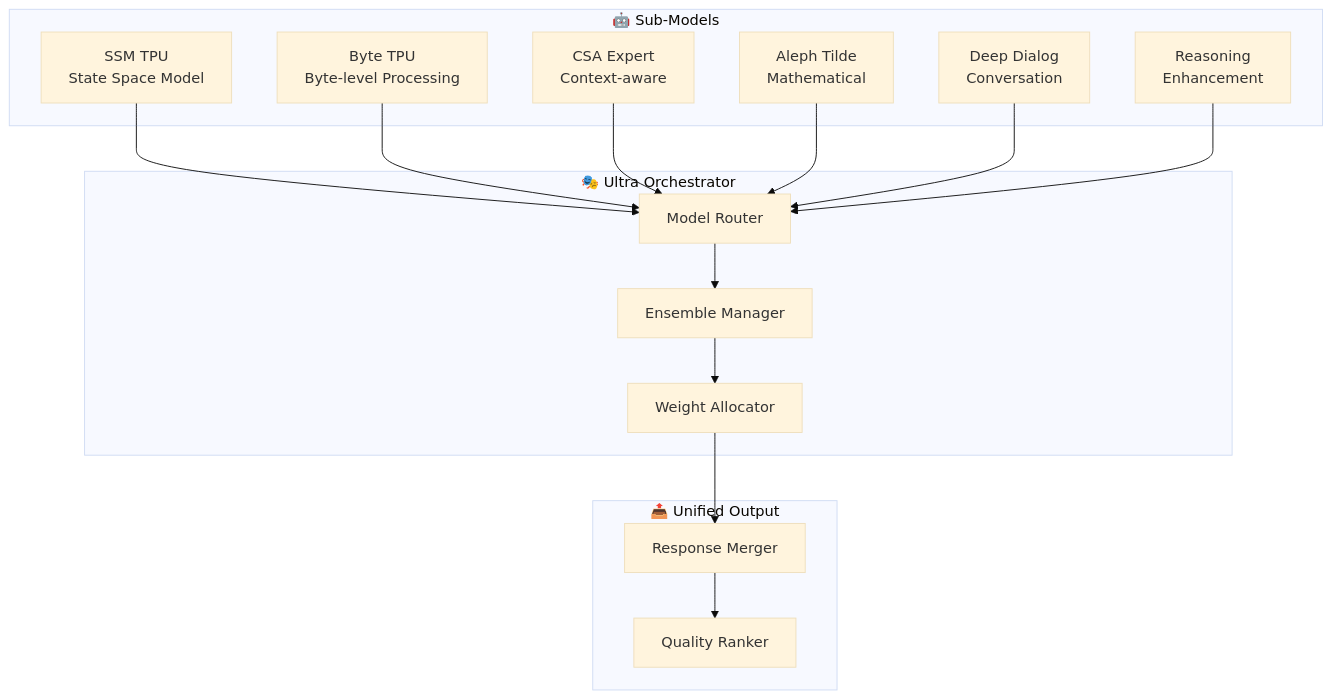
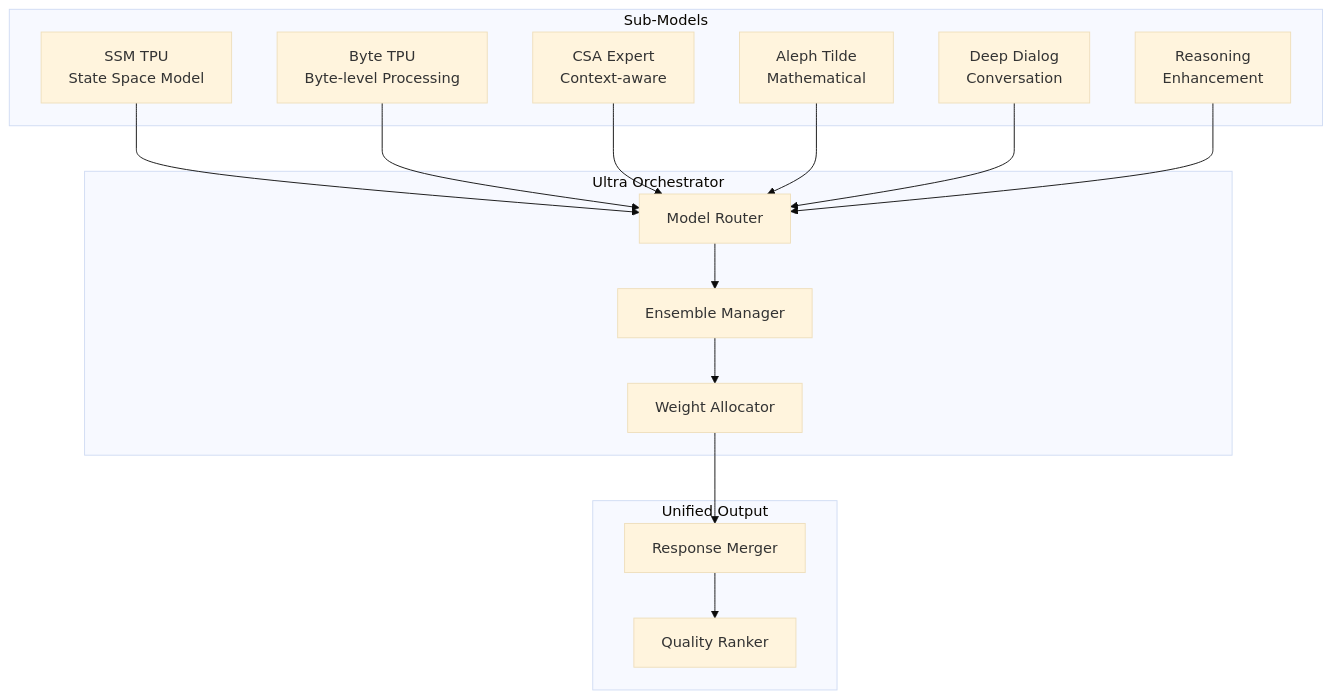
The seventh of 9 diagrams in README.md (anachroni-co/cunca), drawn with Mermaid (base theme) before and after one commit. The commit also changed other lines of this file and 179 other files, not shown here.

````diff
--- a/README.md
+++ b/README.md
@@ -333,34 +333,34 @@
 ```mermaid
 graph TB
-    subgraph SubModels["🤖 Sub-Models"]
+    subgraph SubModels[" Sub-Models"]
         SSM_TPU[SSM TPU<br/>State Space Model]
         BYTE_TPU[Byte TPU<br/>Byte-level Processing]
         CSA[CSA Expert<br/>Context-aware]
         ALEPH[Aleph Tilde<br/>Mathematical]
         DIALOG[Deep Dialog<br/>Conversation]
         REASON[Reasoning<br/>Enhancement]
     end
 
-    subgraph Orchestrator["🎭 Ultra Orchestrator"]
+    subgraph Orchestrator[" Ultra Orchestrator"]
         ROUTER[Model Router]
         ENSEMBLE[Ensemble Manager]
         WEIGHT[Weight Allocator]
     end
 
-    subgraph Output["📤 Unified Output"]
+    subgraph Output[" Unified Output"]
         MERGE[Response Merger]
         RANK[Quality Ranker]
     end
 
     SSM_TPU --> ROUTER
     BYTE_TPU --> ROUTER
     CSA --> ROUTER
     ALEPH --> ROUTER
     DIALOG --> ROUTER
     REASON --> ROUTER
 
     ROUTER --> ENSEMBLE
     ENSEMBLE --> WEIGHT
     WEIGHT --> MERGE
     MERGE --> RANK
 ```
````
